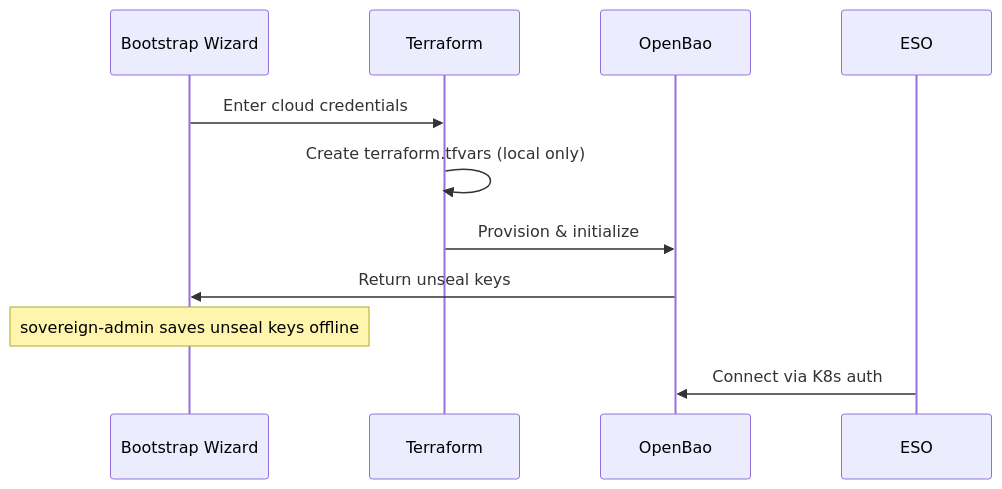
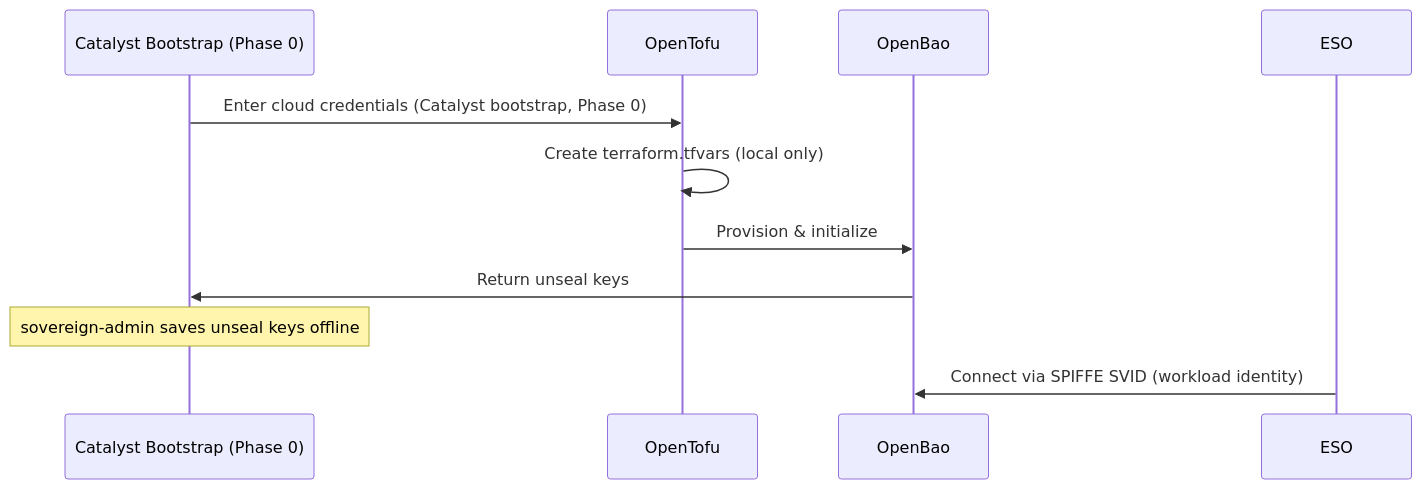
The second of 2 diagrams in platform/external-secrets/README.md (openova-io/openova), drawn with Mermaid before and after one commit. The commit also changed other lines of this file and 1 other file, not shown here.

````diff
--- a/platform/external-secrets/README.md
+++ b/platform/external-secrets/README.md
@@ -64,14 +64,14 @@
 ```mermaid
 sequenceDiagram
-    participant Wizard as Bootstrap Wizard
-    participant TF as Terraform
+    participant Wizard as Catalyst Bootstrap (Phase 0)
+    participant TF as OpenTofu
     participant OpenBao as OpenBao
     participant ESO as ESO
 
-    Wizard->>TF: Enter cloud credentials
+    Wizard->>TF: Enter cloud credentials (Catalyst bootstrap, Phase 0)
     TF->>TF: Create terraform.tfvars (local only)
     TF->>OpenBao: Provision & initialize
     OpenBao->>Wizard: Return unseal keys
     Note over Wizard: sovereign-admin saves unseal keys offline
-    ESO->>OpenBao: Connect via K8s auth
+    ESO->>OpenBao: Connect via SPIFFE SVID (workload identity)
 ```
````
